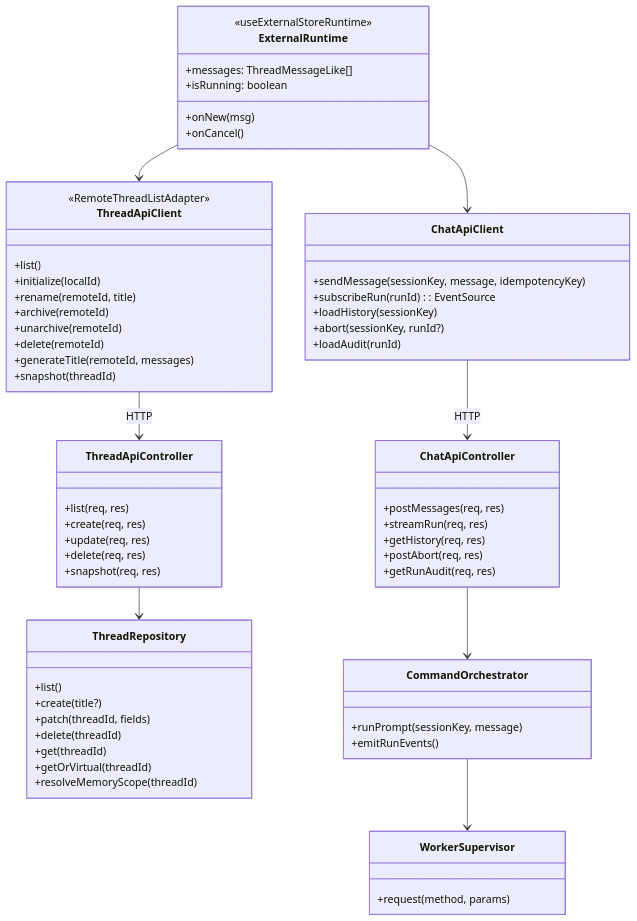
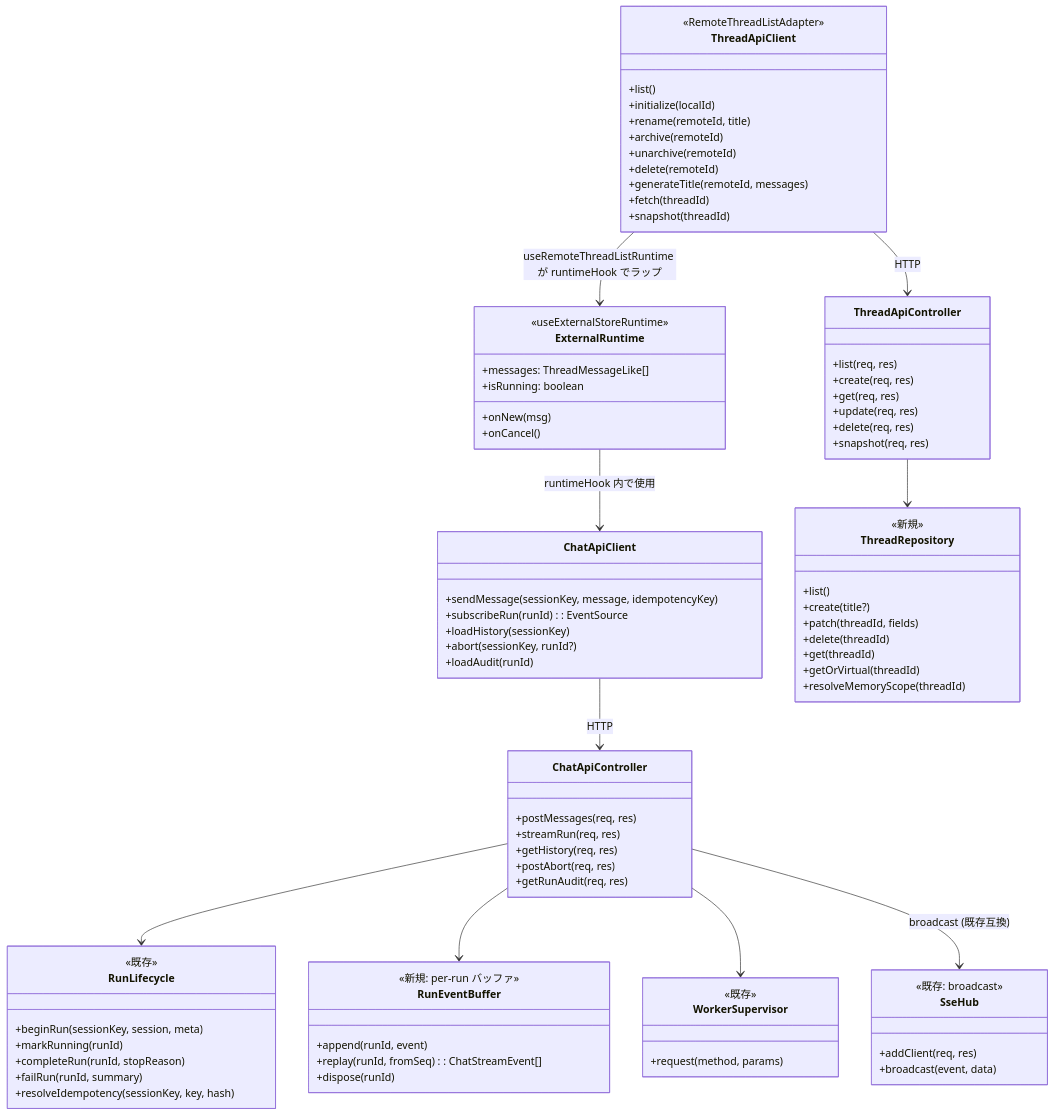
The first of 2 diagrams in doc/plan/260301-s02-assistant-ui-thread-chat-migration.md (masahide/adjutant), drawn with Mermaid before and after one commit. The commit also changed other lines of this file and 1 other file, not shown here.

````diff
--- a/doc/plan/260301-s02-assistant-ui-thread-chat-migration.md
+++ b/doc/plan/260301-s02-assistant-ui-thread-chat-migration.md
@@ -437,6 +509,7 @@
     +unarchive(remoteId)
     +delete(remoteId)
     +generateTitle(remoteId, messages)
+    +fetch(threadId)
     +snapshot(threadId)
   }
 
@@ -451,12 +524,30 @@
   class ThreadApiController {
     +list(req, res)
     +create(req, res)
+    +get(req, res)
     +update(req, res)
     +delete(req, res)
     +snapshot(req, res)
   }
 
+  class RunLifecycle {
+    <<既存>>
+    +beginRun(sessionKey, session, meta)
+    +markRunning(runId)
+    +completeRun(runId, stopReason)
+    +failRun(runId, summary)
+    +resolveIdempotency(sessionKey, key, hash)
+  }
+
+  class RunEventBuffer {
+    <<新規: per-run バッファ>>
+    +append(runId, event)
+    +replay(runId, fromSeq): ChatStreamEvent[]
+    +dispose(runId)
+  }
+
   class ThreadRepository {
+    <<新規>>
     +list()
     +create(title?)
     +patch(threadId, fields)
@@ -466,20 +557,24 @@
     +resolveMemoryScope(threadId)
   }
 
-  class CommandOrchestrator {
-    +runPrompt(sessionKey, message)
-    +emitRunEvents()
-  }
-
   class WorkerSupervisor {
+    <<既存>>
     +request(method, params)
   }
 
-  ExternalRuntime --> ChatApiClient
-  ExternalRuntime --> ThreadApiClient
+  class SseHub {
+    <<既存: broadcast>>
+    +addClient(req, res)
+    +broadcast(event, data)
+  }
+
+  ExternalRuntime --> ChatApiClient : runtimeHook 内で使用
+  ThreadApiClient --> ExternalRuntime : useRemoteThreadListRuntime が runtimeHook でラップ
   ChatApiClient --> ChatApiController : HTTP
   ThreadApiClient --> ThreadApiController : HTTP
-  ChatApiController --> CommandOrchestrator
+  ChatApiController --> RunLifecycle
+  ChatApiController --> RunEventBuffer
+  ChatApiController --> WorkerSupervisor
+  ChatApiController --> SseHub : broadcast (既存互換)
   ThreadApiController --> ThreadRepository
-  CommandOrchestrator --> WorkerSupervisor
 ```
````
